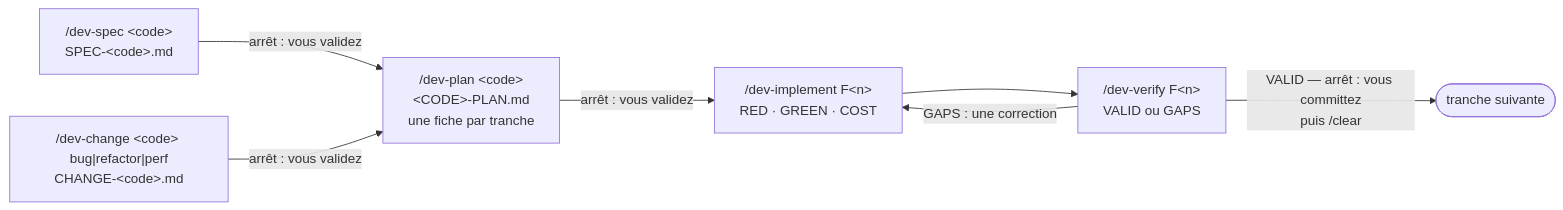
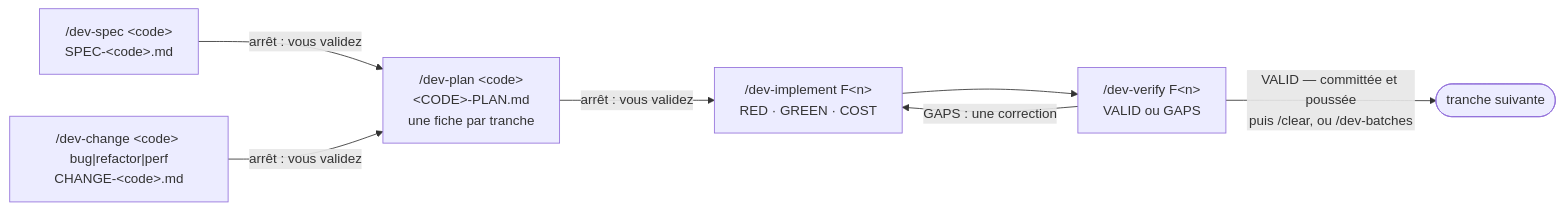
The diagram in docs/fr/workflows/develop.md (Orkeon/orkeon-workshop), drawn with Mermaid before and after one commit. The commit also changed other lines of this file and 168 other files, not shown here.

````diff
--- a/docs/fr/workflows/develop.md
+++ b/docs/fr/workflows/develop.md
@@ -15,9 +15,9 @@
 ```mermaid
 flowchart LR
     s["/dev-spec &lt;code&gt;<br/>SPEC-&lt;code&gt;.md"] -->|"arrêt : vous validez"| p["/dev-plan &lt;code&gt;<br/>&lt;CODE&gt;-PLAN.md<br/>une fiche par tranche"]
     c["/dev-change &lt;code&gt; bug|refactor|perf<br/>CHANGE-&lt;code&gt;.md"] -->|"arrêt : vous validez"| p
     p -->|"arrêt : vous validez"| b["/dev-implement F&lt;n&gt;<br/>RED · GREEN · COST"]
     b --> v["/dev-verify F&lt;n&gt;<br/>VALID ou GAPS"]
     v -->|"GAPS : une correction"| b
-    v -->|"VALID — arrêt : vous committez<br/>puis /clear"| n(["tranche suivante"])
+    v -->|"VALID — committée et poussée<br/>puis /clear, ou /dev-batches"| n(["tranche suivante"])
 ```
````
